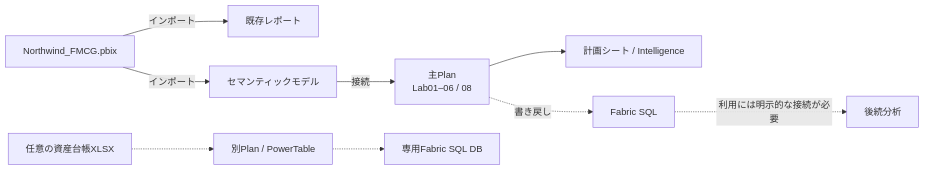
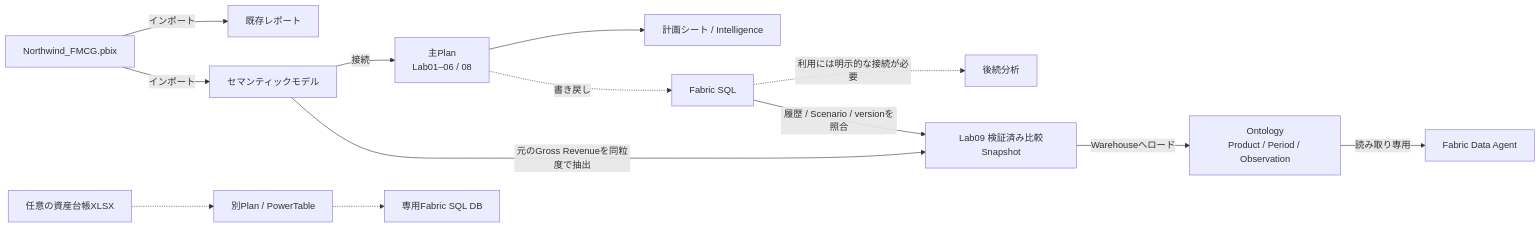
The first of 2 diagrams in README.md (yang-jiayi/FabricPlanWorkshop), drawn with Mermaid before and after one commit. The commit also changed other lines of this file and 14 other files, not shown here.

````diff
--- a/README.md
+++ b/README.md
@@ -94,11 +98,15 @@
 ```mermaid
 flowchart LR
     PBIX["Northwind_FMCG.pbix"] -->|インポート| REPORT["既存レポート"]
     PBIX -->|インポート| MODEL["セマンティックモデル"]
     MODEL -->|接続| PLAN["主Plan<br/>Lab01–06 / 08"]
     PLAN --> SHEETS["計画シート / Intelligence"]
     PLAN -.->|書き戻し| SQL["Fabric SQL"]
     SQL -.->|利用には明示的な接続が必要| DOWNSTREAM["後続分析"]
+    MODEL -->|元のGross Revenueを同粒度で抽出| SNAP["Lab09 検証済み比較Snapshot"]
+    SQL -->|履歴 / Scenario / versionを照合| SNAP
+    SNAP -->|Warehouseへロード| ONTOLOGY["Ontology<br/>Product / Period / Observation"]
+    ONTOLOGY -->|読み取り専用| AGENT["Fabric Data Agent"]
     XLSX["任意の資産台帳XLSX"] -.-> POWER_TABLE["別Plan / PowerTable"]
     POWER_TABLE -.-> SEPARATE_DB["専用Fabric SQL DB"]
 ```
````
